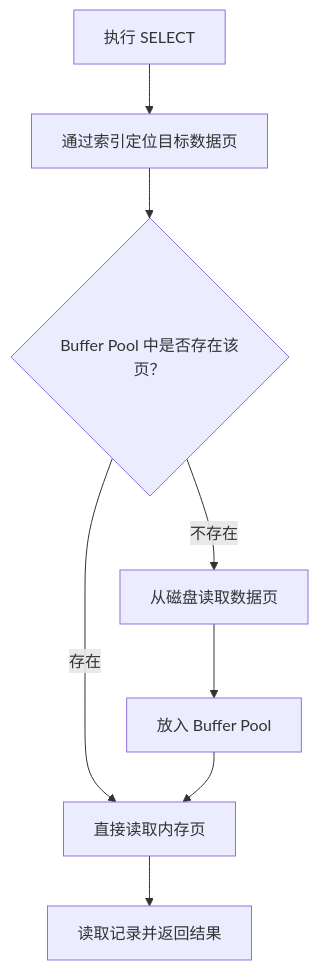
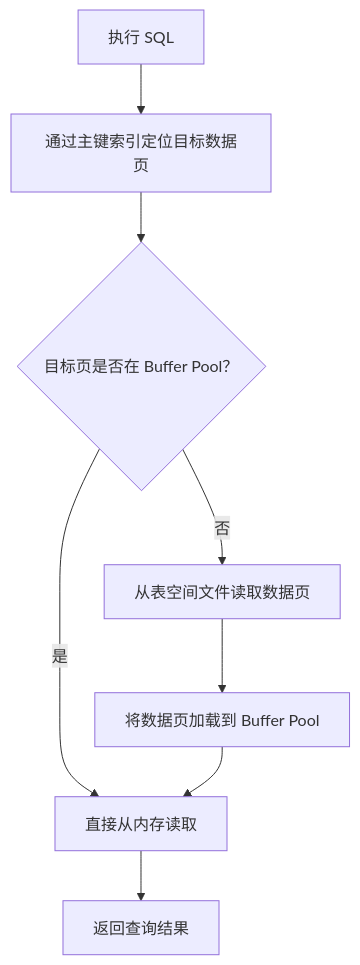
The second of 5 diagrams in src/content/posts/2026-11-05-MySQL缓存机制详解.md (Samoy/samoy.github.io), drawn with Mermaid before and after one commit. The commit also changed other lines of this file and 5 other files, not shown here.

First line of the commit message:
修改文章: 合并 MySQL 缓存两篇文章，ASCII 图替换为 SVG 插图

````diff
--- a/src/content/posts/2026-11-05-MySQL缓存机制详解.md
+++ b/src/content/posts/2026-11-05-MySQL缓存机制详解.md
@@ -113,10 +165,10 @@
 ```mermaid
 flowchart TD
-    A[执行 SELECT] --> B[通过索引定位目标数据页]
-    B --> C{Buffer Pool 中是否存在该页？}
-    C -->|存在| D[直接读取内存页]
-    C -->|不存在| E[从磁盘读取数据页]
-    E --> F[放入 Buffer Pool]
+    A[执行 SQL] --> B[通过主键索引定位目标数据页]
+    B --> C{目标页是否在 Buffer Pool？}
+    C -->|是| D[直接从内存读取]
+    C -->|否| E[从表空间文件读取数据页]
+    E --> F[将数据页加载到 Buffer Pool]
     F --> D
-    D --> G[读取记录并返回结果]
+    D --> G[返回查询结果]
 ```
````
